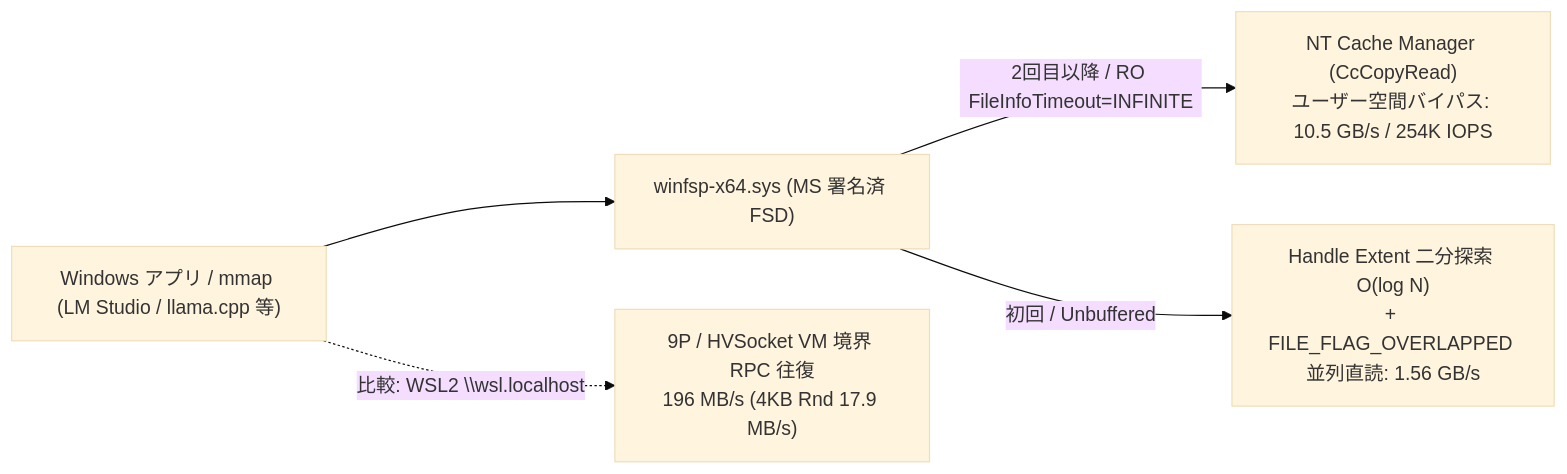
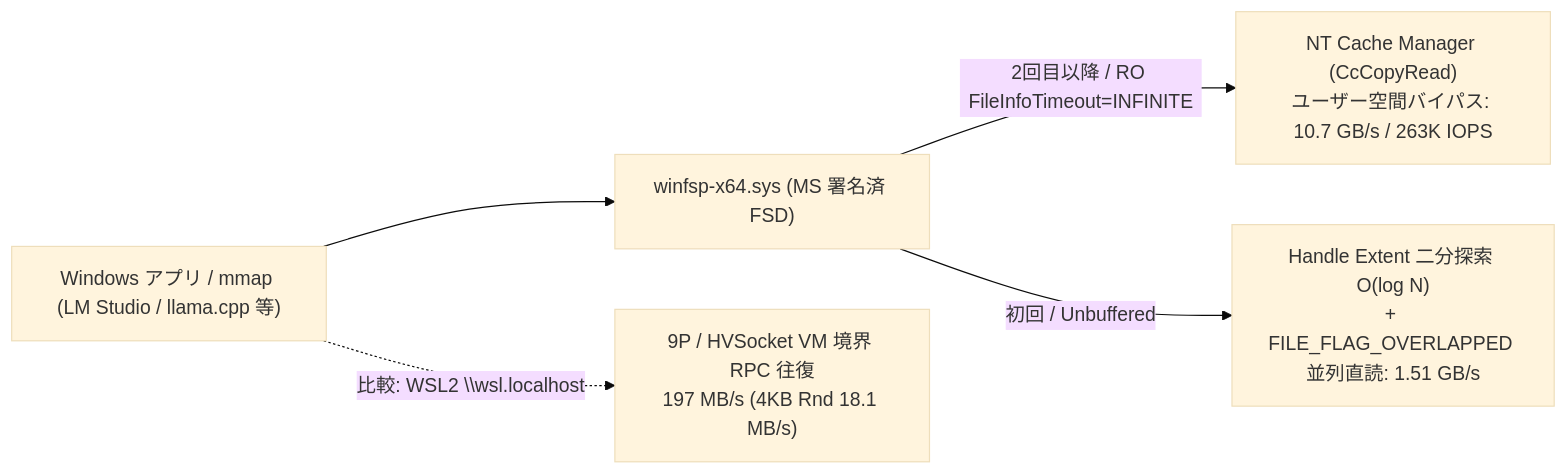
The diagram in README.ja.md (totatake/ZeroExt), drawn with Mermaid (base theme) before and after one commit. The commit also changed other lines of this file and 15 other files, not shown here.

````diff
--- a/README.ja.md
+++ b/README.ja.md
@@ -20,7 +20,7 @@
 ```mermaid
 flowchart LR
     App["Windows アプリ / mmap (LM Studio / llama.cpp 等)"] --> Sys["winfsp-x64.sys (MS 署名済 FSD)"]
-    Sys -->|"2回目以降 / RO FileInfoTimeout=INFINITE"| Hot["NT Cache Manager (CcCopyRead)\nユーザー空間バイパス: 10.5 GB/s / 254K IOPS"]
-    Sys -->|"初回 / Unbuffered"| Cold["Handle Extent 二分探索 O(log N)\n+ FILE_FLAG_OVERLAPPED 並列直読: 1.56 GB/s"]
-    App -.->|"比較: WSL2 \\wsl.localhost"| Slow["9P / HVSocket VM 境界 RPC 往復\n196 MB/s (4KB Rnd 17.9 MB/s)"]
+    Sys -->|"2回目以降 / RO FileInfoTimeout=INFINITE"| Hot["NT Cache Manager (CcCopyRead)\nユーザー空間バイパス: 10.7 GB/s / 263K IOPS"]
+    Sys -->|"初回 / Unbuffered"| Cold["Handle Extent 二分探索 O(log N)\n+ FILE_FLAG_OVERLAPPED 並列直読: 1.51 GB/s"]
+    App -.->|"比較: WSL2 \\wsl.localhost"| Slow["9P / HVSocket VM 境界 RPC 往復\n197 MB/s (4KB Rnd 18.1 MB/s)"]
 ```
````
